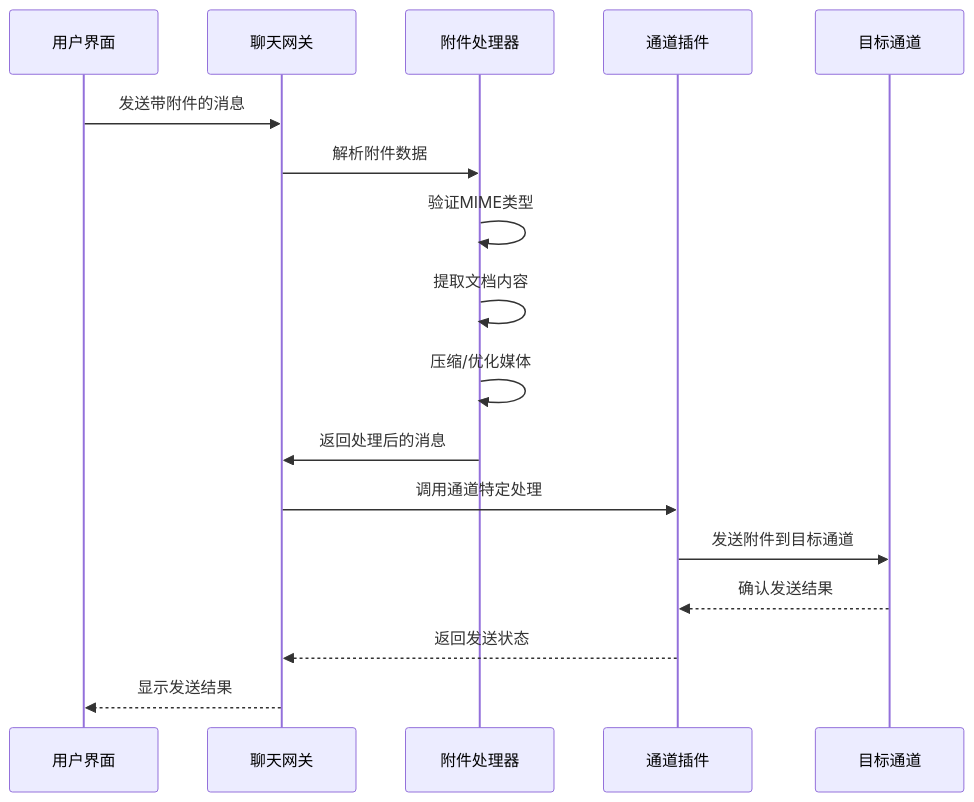
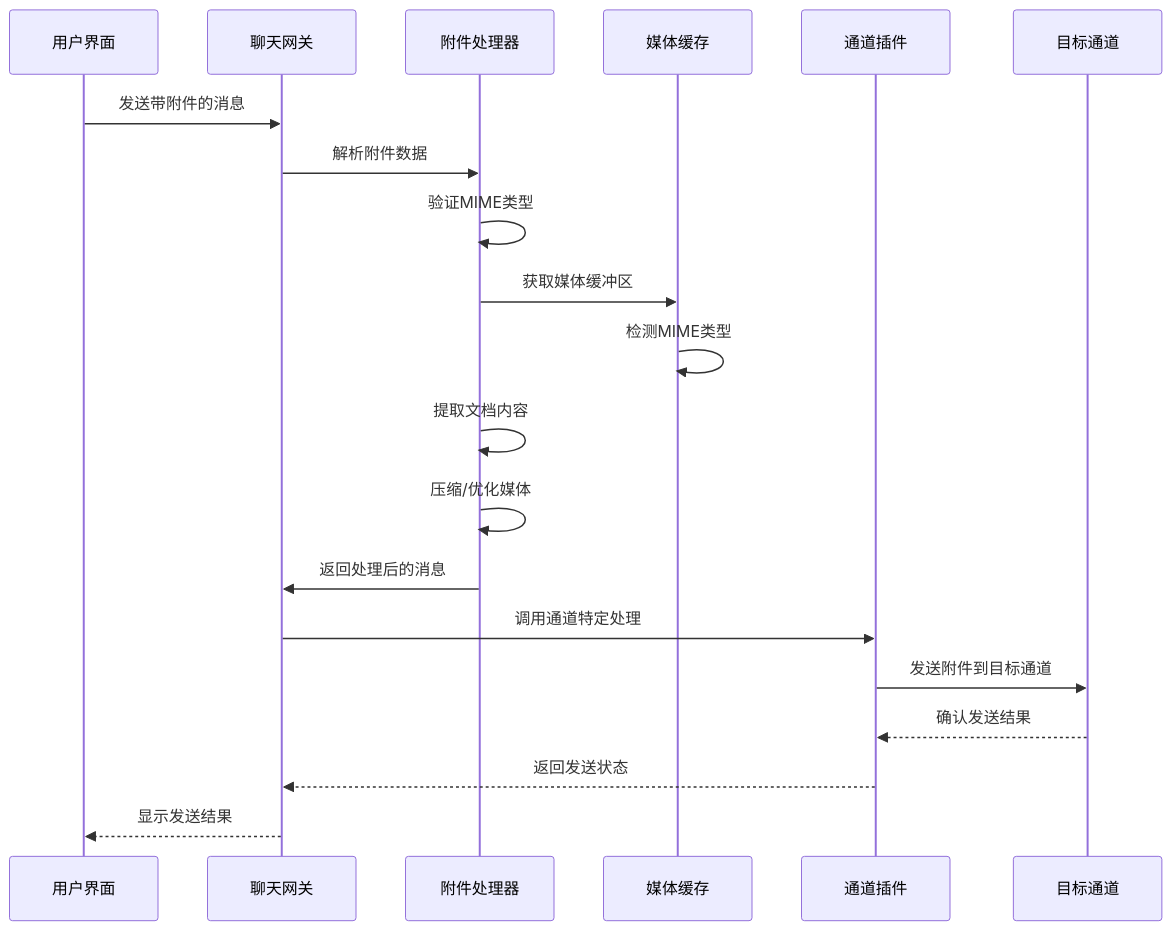
One commit to verse-ai-org/openclaw changed the fifth of 11 diagrams in .qoder/repowiki/zh/content/Web界面/WebChat界面/聊天附件处理系统.md. Above: the diagram before and after it, drawn with Mermaid. The commit also changed other lines of this file and 18 other files, not shown here.

````diff
--- a/.qoder/repowiki/zh/content/Web界面/WebChat界面/聊天附件处理系统.md
+++ b/.qoder/repowiki/zh/content/Web界面/WebChat界面/聊天附件处理系统.md
@@ -199,19 +227,22 @@
 ```mermaid
 sequenceDiagram
 participant UI as 用户界面
 participant Gateway as 聊天网关
 participant Processor as 附件处理器
+participant Cache as 媒体缓存
 participant Plugin as 通道插件
 participant Channel as 目标通道
 UI->>Gateway : 发送带附件的消息
 Gateway->>Processor : 解析附件数据
 Processor->>Processor : 验证MIME类型
+Processor->>Cache : 获取媒体缓冲区
+Cache->>Cache : 检测MIME类型
 Processor->>Processor : 提取文档内容
 Processor->>Processor : 压缩/优化媒体
 Processor->>Gateway : 返回处理后的消息
 Gateway->>Plugin : 调用通道特定处理
 Plugin->>Channel : 发送附件到目标通道
 Channel-->>Plugin : 确认发送结果
 Plugin-->>Gateway : 返回发送状态
 Gateway-->>UI : 显示发送结果
 ```
````
